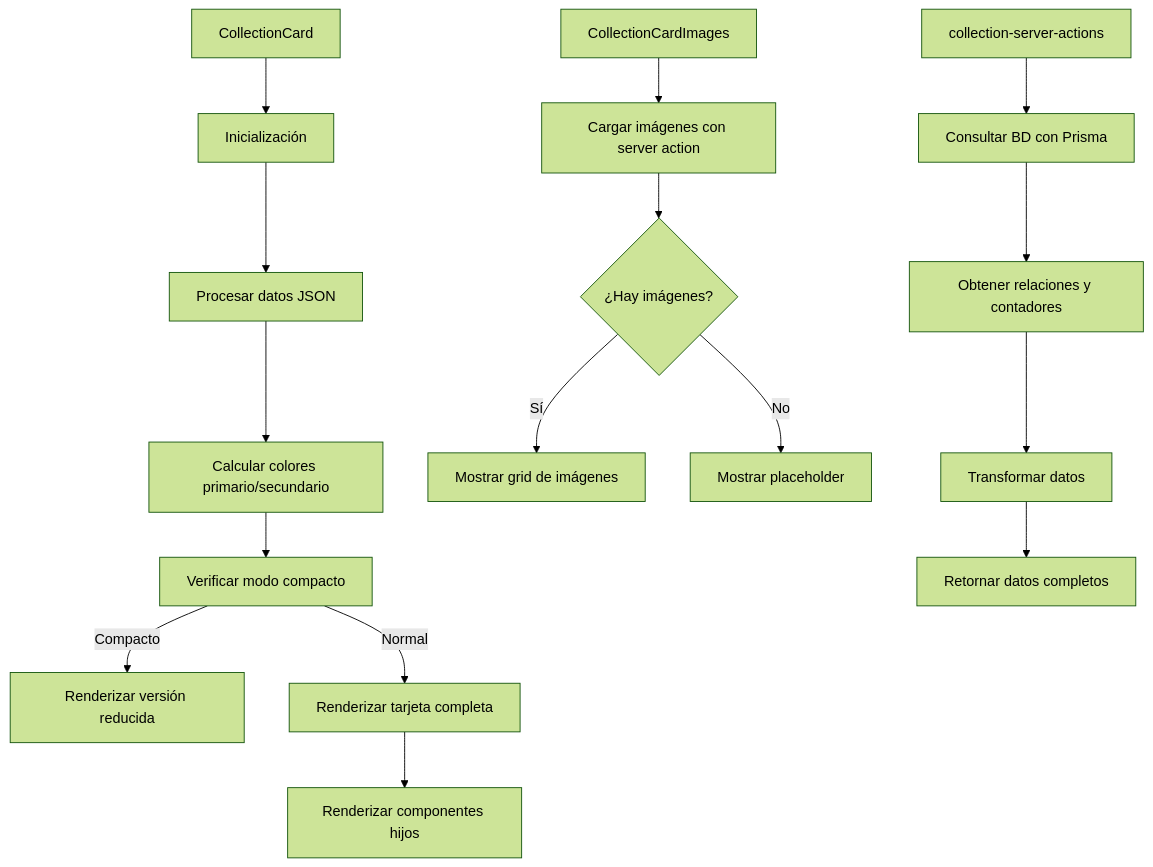
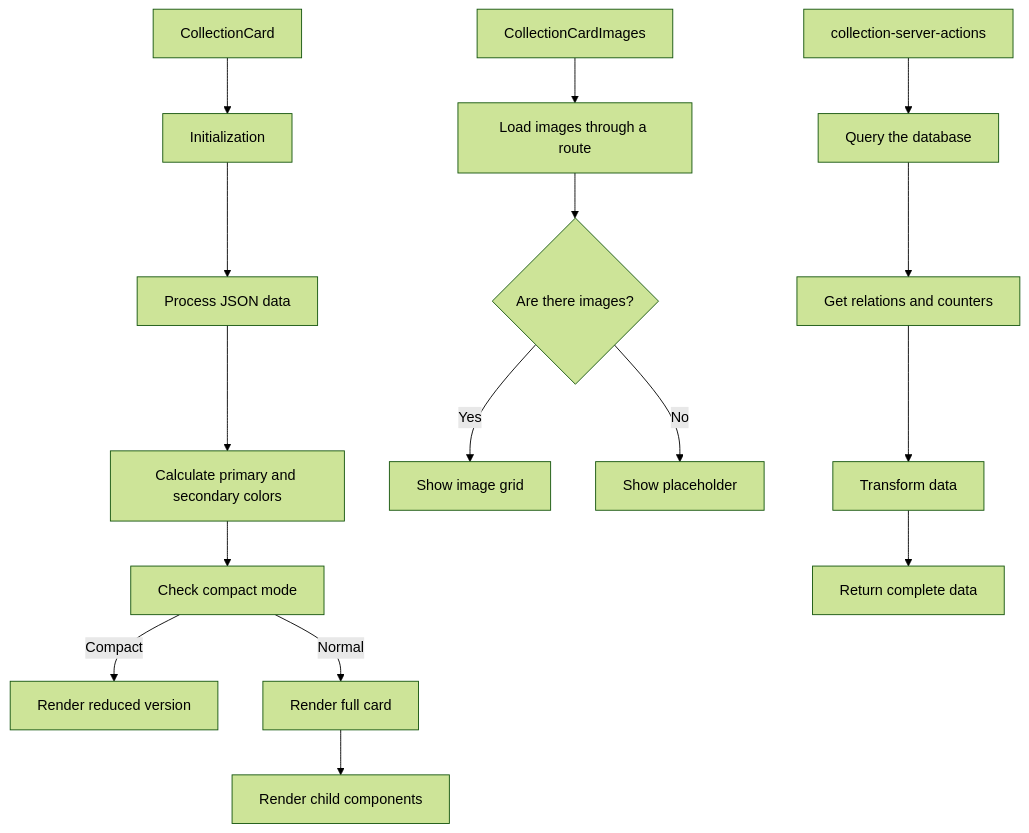
The diagram in src/components/cards/collection-card/README.md (gvastethecreator/media-manager), drawn with Mermaid (forest theme) before and after one commit. The commit also changed other lines of this file and 98 other files, not shown here.

Commit message:
docs: initialize comprehensive architectural documentation and component-level README files across the repository.

````diff
--- a/src/components/cards/collection-card/README.md
+++ b/src/components/cards/collection-card/README.md
@@ -19,20 +21,20 @@
 ```mermaid
 graph TD
-    A[CollectionCard] --> B[Inicialización]
-    B --> C[Procesar datos JSON]
-    C --> D[Calcular colores primario/secundario]
-    D --> E[Verificar modo compacto]
-    E -->|Compacto| F[Renderizar versión reducida]
-    E -->|Normal| G[Renderizar tarjeta completa]
-    G --> H[Renderizar componentes hijos]
+    A[CollectionCard] --> B[Initialization]
+    B --> C[Process JSON data]
+    C --> D[Calculate primary and secondary colors]
+    D --> E[Check compact mode]
+    E -->|Compact| F[Render reduced version]
+    E -->|Normal| G[Render full card]
+    G --> H[Render child components]
 
-    I[CollectionCardImages] --> J[Cargar imágenes con server action]
-    J --> K{¿Hay imágenes?}
-    K -->|Sí| L[Mostrar grid de imágenes]
-    K -->|No| M[Mostrar placeholder]
+    I[CollectionCardImages] --> J[Load images through a route]
+    J --> K{Are there images?}
+    K -->|Yes| L[Show image grid]
+    K -->|No| M[Show placeholder]
 
-    N[collection-server-actions] --> O[Consultar BD con Prisma]
-    O --> P[Obtener relaciones y contadores]
-    P --> Q[Transformar datos]
-    Q --> R[Retornar datos completos]
+    N[collection-server-actions] --> O[Query the database]
+    O --> P[Get relations and counters]
+    P --> Q[Transform data]
+    Q --> R[Return complete data]
 ```
````
